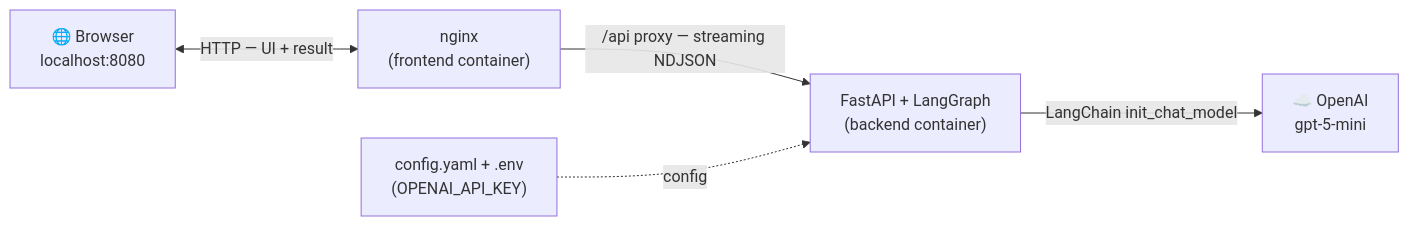
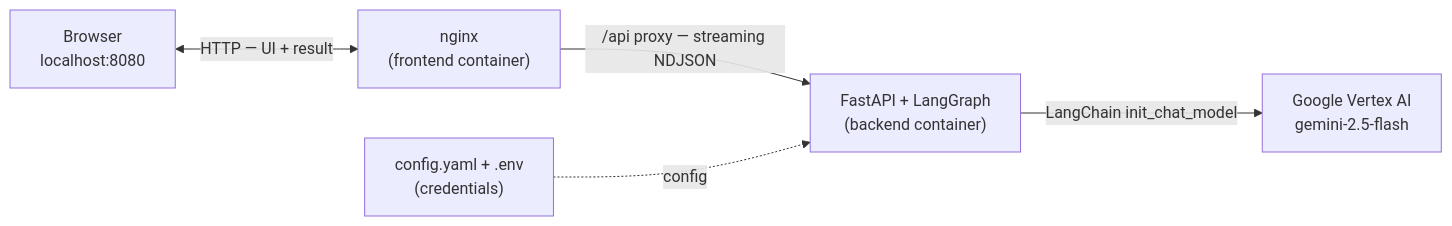
Before and after one commit to thechuong98/tuw-applied-gen-ai-2026s: the first of 2 diagrams in README.md, drawn with Mermaid. The commit also changed other lines of this file, not shown here.

````diff
--- a/README.md
+++ b/README.md
@@ -16,13 +16,13 @@
 ```mermaid
 flowchart LR
-    U["🌐 Browser<br/>localhost:8080"]
+    U["Browser<br/>localhost:8080"]
     N["nginx<br/>(frontend container)"]
     B["FastAPI + LangGraph<br/>(backend container)"]
-    O["☁️ OpenAI<br/>gpt-5-mini"]
-    C["config.yaml + .env<br/>(OPENAI_API_KEY)"]
+    V["Google Vertex AI<br/>gemini-2.5-flash"]
+    C["config.yaml + .env<br/>(credentials)"]
 
     U <-->|"HTTP — UI + result"| N
     N -->|"/api proxy — streaming NDJSON"| B
-    B -->|"LangChain init_chat_model"| O
+    B -->|"LangChain init_chat_model"| V
     C -.->|"config"| B
 ```
````
